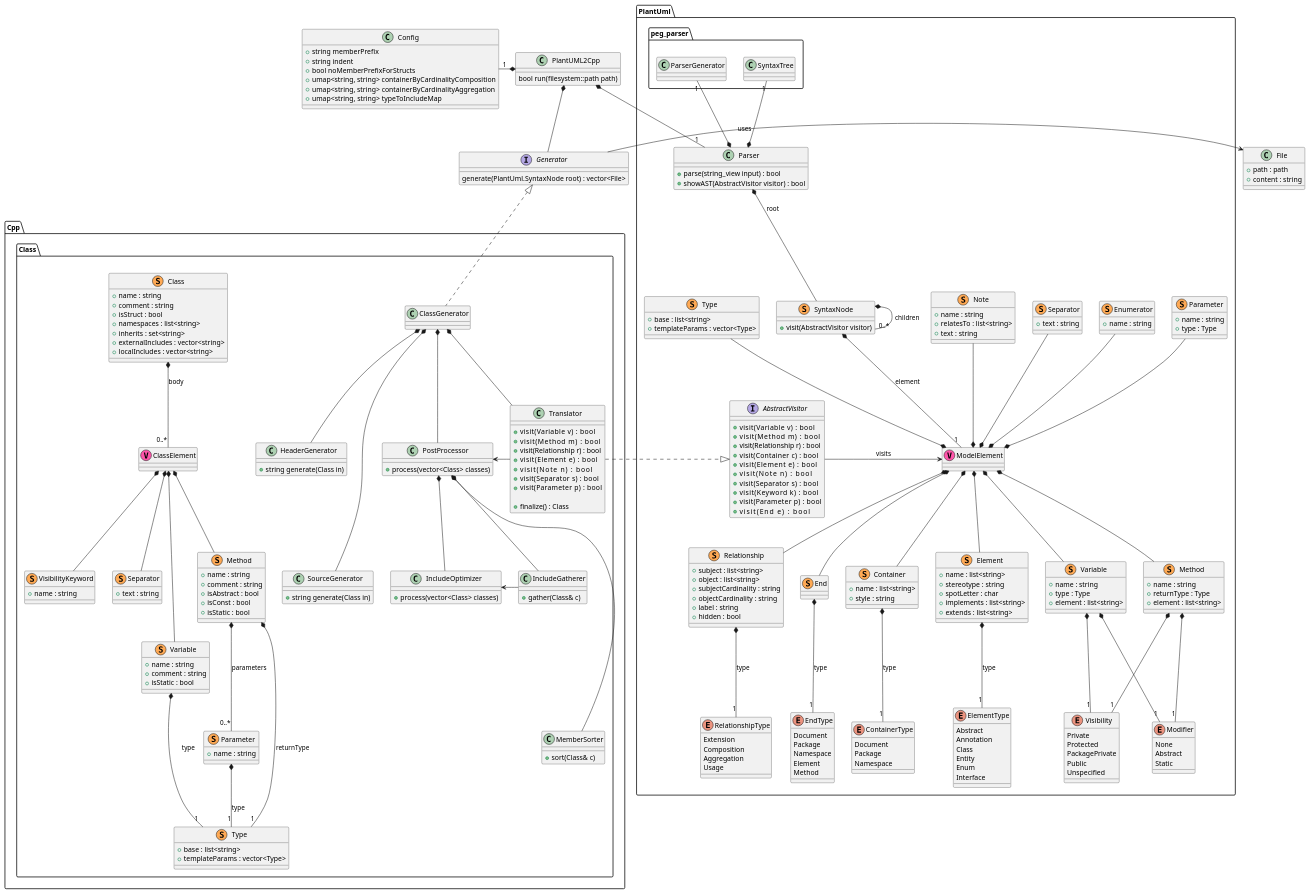
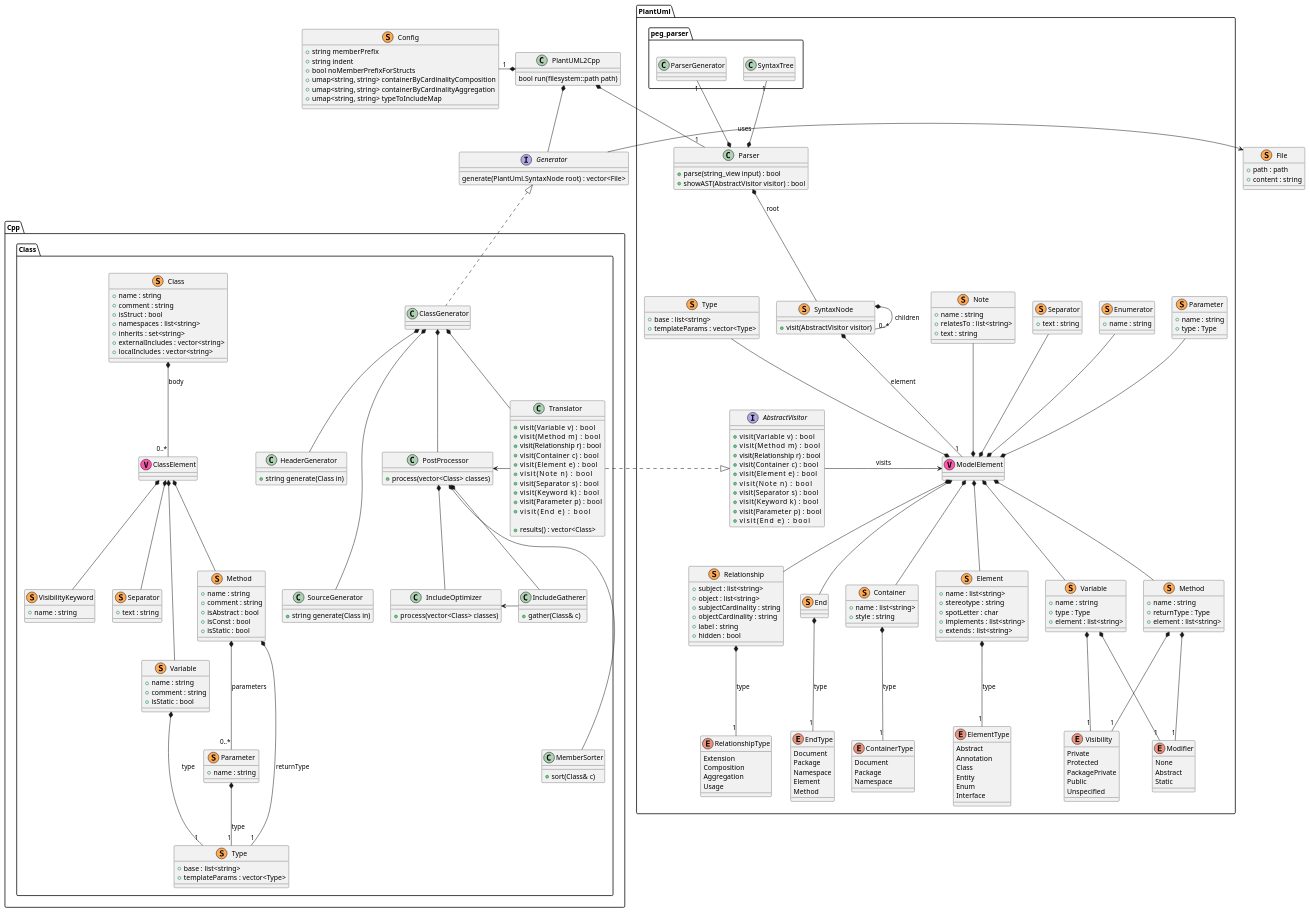
One commit to jteuber/PlantUML2Cpp changed the diagram in models/PlantUML2Cpp.puml. Above: the diagram before and after it, drawn with PlantUML.

Commit message:
Make some more classes structs in the model and do some general fixing.

```diff
--- a/models/PlantUML2Cpp.puml
+++ b/models/PlantUML2Cpp.puml
@@ -7,7 +7,8 @@
     bool run(filesystem::path path)
 }
 
-class Config {
+class Config << (S,#FFAA55) >>
+{
     +string memberPrefix
     +string indent
     +bool noMemberPrefixForStructs
@@ -20,7 +21,8 @@
 PlantUML2Cpp *-- Generator
 PlantUML2Cpp *-left- "1" Config
 
-class File {
+class File << (S,#FFAA55) >>
+{
     +path : path
     +content : string
 }
@@ -45,7 +47,8 @@
         +visit(End e)          : bool
     }
 
-    class Parser {
+    class Parser 
+    {
         +parse(string_view input) : bool
         +showAST(AbstractVisitor visitor) : bool
     }
@@ -233,16 +236,20 @@
         ClassGenerator *-- HeaderGenerator
         ClassGenerator *--- SourceGenerator
         
-        class Translator {
+        class Translator 
+        {
             +visit(Variable v)     : bool
             +visit(Method m)       : bool
             +visit(Relationship r) : bool
+            +visit(Container c)    : bool
             +visit(Element e)      : bool
             +visit(Note n)         : bool
             +visit(Separator s)    : bool
+            +visit(Keyword k)      : bool
             +visit(Parameter p)    : bool
+            +visit(End e)          : bool
 
-            +finalize() : Class
+            +results() : vector<Class>
         }
         Translator .|> PlantUml.AbstractVisitor
 
```
